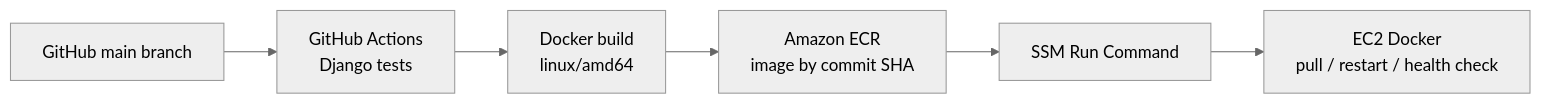
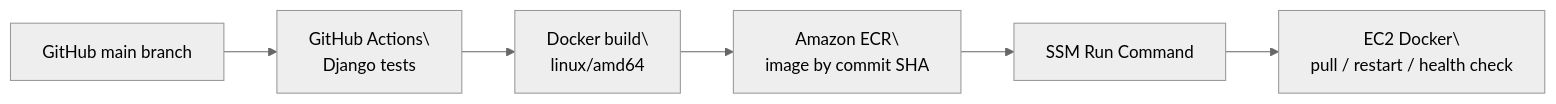
Before and after one commit to sophia-dao/cloud_computing_proj: the fourth of 4 diagrams in docs/midpoint/PROGRESS.md, drawn with Mermaid (neutral theme). The commit also changed other lines of this file, not shown here.

````diff
--- a/docs/midpoint/PROGRESS.md
+++ b/docs/midpoint/PROGRESS.md
@@ -144,8 +214,15 @@
 ```mermaid
+
 flowchart LR
-    GH[GitHub main branch] --> TEST[GitHub Actions<br/>Django tests]
-    TEST --> BUILD[Docker build<br/>linux/amd64]
-    BUILD --> REG[Amazon ECR<br/>image by commit SHA]
+
+    GH[GitHub main branch] --> TEST[GitHub Actions\<br/>Django tests]
+
+    TEST --> BUILD[Docker build\<br/>linux/amd64]
+
+    BUILD --> REG[Amazon ECR\<br/>image by commit SHA]
+
     REG --> CMD[SSM Run Command]
-    CMD --> EC2[EC2 Docker<br/>pull / restart / health check]
+
+    CMD --> EC2[EC2 Docker\<br/>pull / restart / health check]
+
 ```
````
